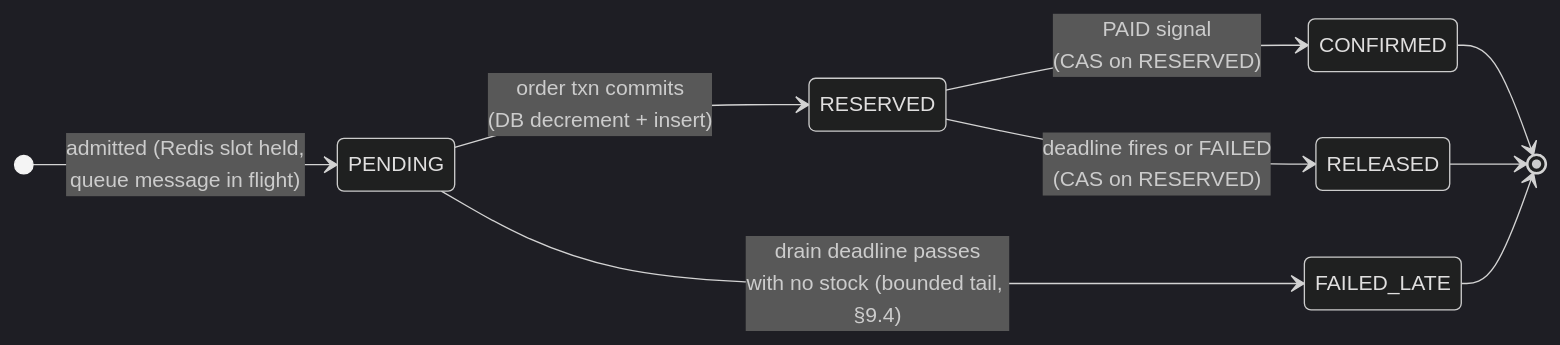
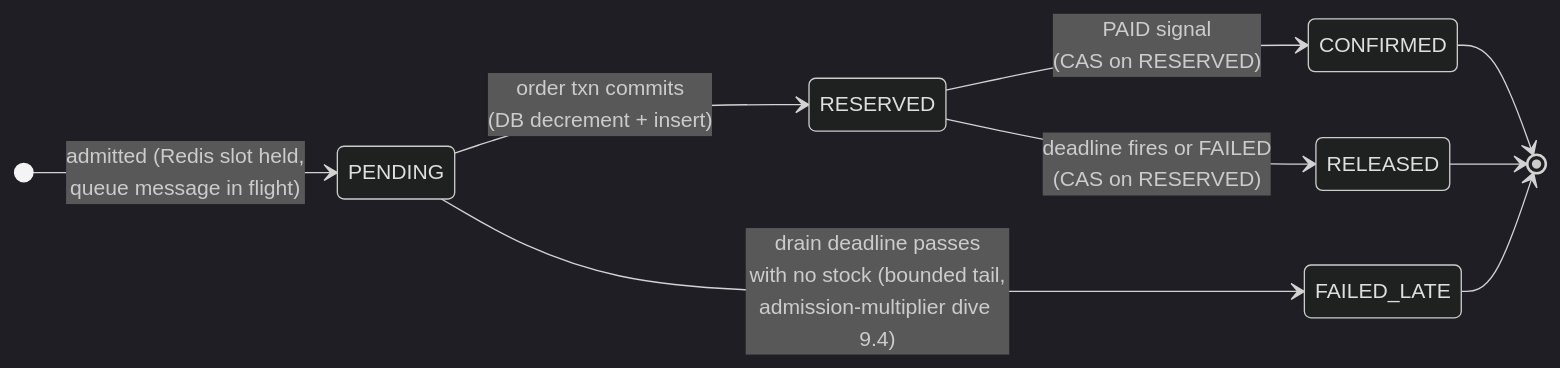
The first of 7 diagrams in flash-sale-inventory/docs/hld.md (quannh0308/SystemDesignDeepDives), drawn with Mermaid (dark theme) before and after one commit. The commit also changed other lines of this file, not shown here.

Commit message:
flash-sale-inventory: name every cross-reference inline — no bare §N / FR-N / dive-N pointers (133 sites)

````diff
--- a/flash-sale-inventory/docs/hld.md
+++ b/flash-sale-inventory/docs/hld.md
@@ -124,12 +128,12 @@
 ```mermaid
 stateDiagram-v2
     direction LR
     [*] --> PENDING: admitted (Redis slot held,<br/>queue message in flight)
     PENDING --> RESERVED: order txn commits<br/>(DB decrement + insert)
-    PENDING --> FAILED_LATE: drain deadline passes<br/>with no stock (bounded tail, §9.4)
+    PENDING --> FAILED_LATE: drain deadline passes<br/>with no stock (bounded tail,<br/>admission-multiplier dive 9.4)
     RESERVED --> CONFIRMED: PAID signal<br/>(CAS on RESERVED)
     RESERVED --> RELEASED: deadline fires or FAILED<br/>(CAS on RESERVED)
     CONFIRMED --> [*]
     RELEASED --> [*]
     FAILED_LATE --> [*]
 ```
````
